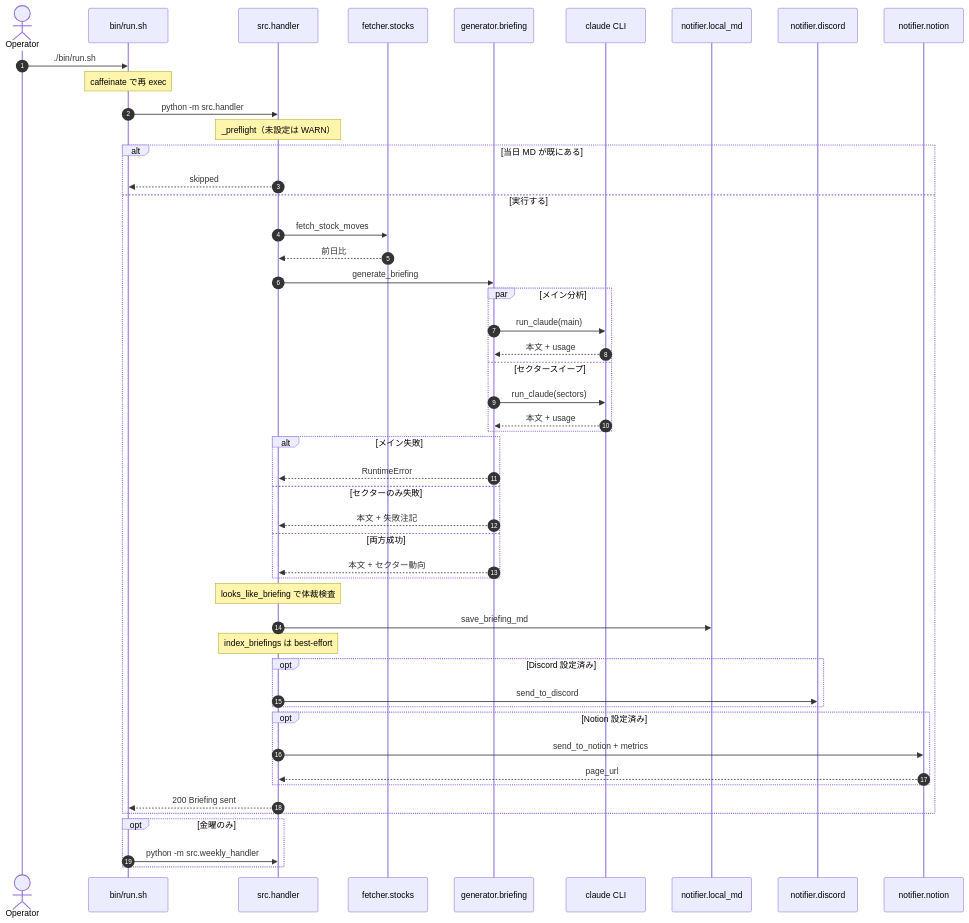
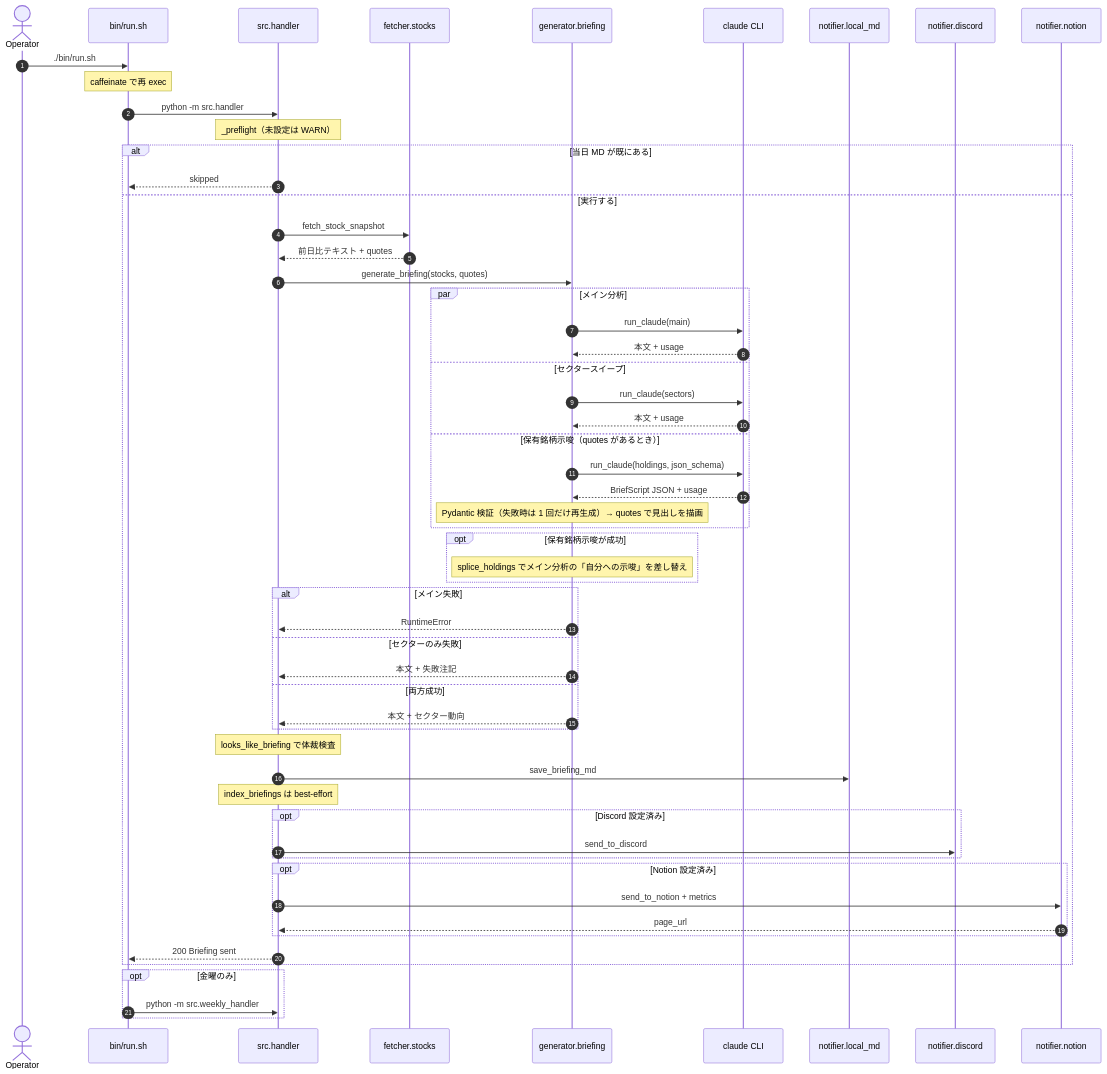
One commit to KazusaNakagawa/ai-agent-cli changed the first of 6 diagrams in docs/sequence-diagrams.md. Above: the diagram before and after it, drawn with Mermaid. The commit also changed other lines of this file and 4 other files, not shown here.

````diff
--- a/docs/sequence-diagrams.md
+++ b/docs/sequence-diagrams.md
@@ -21,59 +24,67 @@
 ```mermaid
 sequenceDiagram
     autonumber
     actor Op as Operator
     participant Sh as bin/run.sh
     participant H as src.handler
     participant YF as fetcher.stocks
     participant G as generator.briefing
     participant CLI as claude CLI
     participant MD as notifier.local_md
     participant DC as notifier.discord
     participant NT as notifier.notion
 
     Op->>Sh: ./bin/run.sh
     Note over Sh: caffeinate で再 exec
     Sh->>H: python -m src.handler
     Note over H: _preflight（未設定は WARN）
 
     alt 当日 MD が既にある
         H-->>Sh: skipped
     else 実行する
-        H->>YF: fetch_stock_moves
-        YF-->>H: 前日比
-        H->>G: generate_briefing
+        H->>YF: fetch_stock_snapshot
+        YF-->>H: 前日比テキスト + quotes
+        H->>G: generate_briefing(stocks, quotes)
 
         par メイン分析
             G->>CLI: run_claude(main)
             CLI-->>G: 本文 + usage
         and セクタースイープ
             G->>CLI: run_claude(sectors)
             CLI-->>G: 本文 + usage
+        and 保有銘柄示唆（quotes があるとき）
+            G->>CLI: run_claude(holdings, json_schema)
+            CLI-->>G: BriefScript JSON + usage
+            Note over G: Pydantic 検証（失敗時は 1 回だけ再生成）→ quotes で見出しを描画
+        end
+
+        opt 保有銘柄示唆が成功
+            Note over G: splice_holdings でメイン分析の「自分への示唆」を差し替え
         end
 
         alt メイン失敗
             G-->>H: RuntimeError
         else セクターのみ失敗
             G-->>H: 本文 + 失敗注記
         else 両方成功
             G-->>H: 本文 + セクター動向
         end
 
         Note over H: looks_like_briefing で体裁検査
         H->>MD: save_briefing_md
         Note over H: index_briefings は best-effort
 
         opt Discord 設定済み
             H->>DC: send_to_discord
         end
         opt Notion 設定済み
             H->>NT: send_to_notion + metrics
             NT-->>H: page_url
         end
         H-->>Sh: 200 Briefing sent
     end
 
     opt 金曜のみ
         Sh->>H: python -m src.weekly_handler
     end
 ```
````
